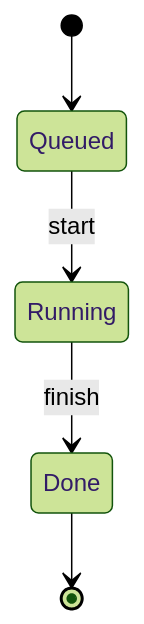
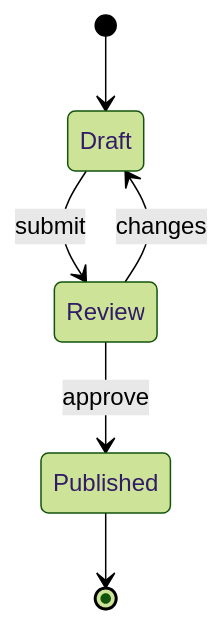
The diagram in examples/state.mmd (apresmoi/glyphcss-diagrams), drawn with Mermaid (forest theme) before and after one commit. The commit also changed 25 other files, not shown here.

Commit message:
docs: give state, class, ER, C4 and git history tiles distinct shapes, quote radar labels and rebuild on main

```diff
--- a/examples/state.mmd
+++ b/examples/state.mmd
@@ -1,5 +1,6 @@
 stateDiagram-v2
-  [*] --> Queued
-  Queued --> Running : start
-  Running --> Done : finish
-  Done --> [*]
+  [*] --> Draft
+  Draft --> Review: submit
+  Review --> Draft: changes
+  Review --> Published: approve
+  Published --> [*]
```
